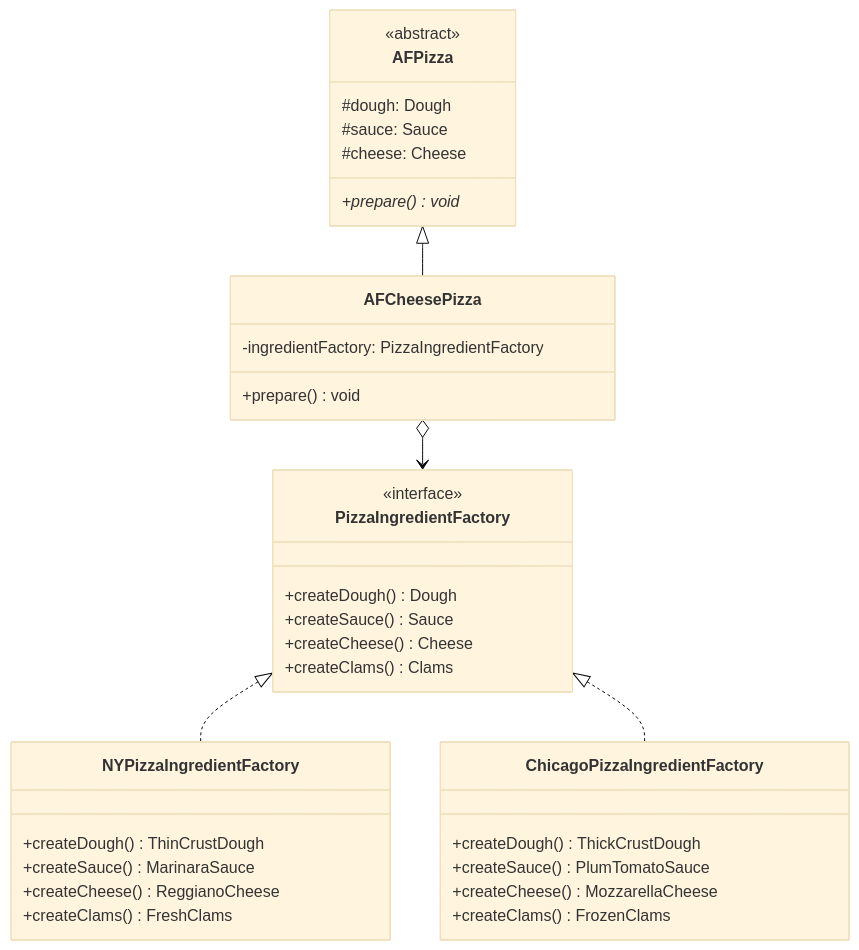
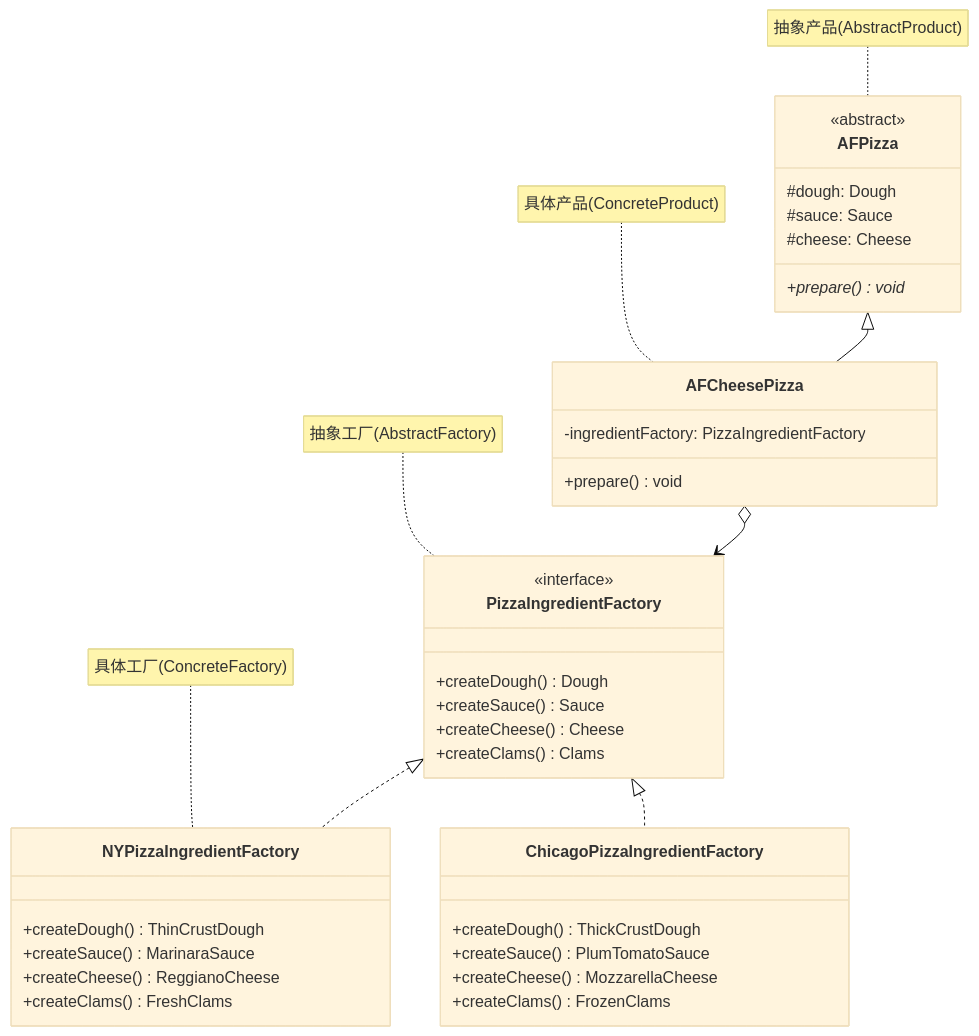
The diagram in docs/topic/design-patterns/creational-patterns/abstract-factory/index.md (luguosong/programming-notes), drawn with Mermaid (base theme) before and after one commit. The commit also changed 23 other files, not shown here.

First line of the commit message:
fix: 修正设计模式 UML 箭头类型并添加角色标注

````diff
--- a/docs/topic/design-patterns/creational-patterns/abstract-factory/index.md
+++ b/docs/topic/design-patterns/creational-patterns/abstract-factory/index.md
@@ -29,37 +29,41 @@
 ```mermaid
 classDiagram
     class PizzaIngredientFactory {
         <<interface>>
         +createDough() Dough
         +createSauce() Sauce
         +createCheese() Cheese
         +createClams() Clams
     }
     class NYPizzaIngredientFactory {
         +createDough() ThinCrustDough
         +createSauce() MarinaraSauce
         +createCheese() ReggianoCheese
         +createClams() FreshClams
     }
     class ChicagoPizzaIngredientFactory {
         +createDough() ThickCrustDough
         +createSauce() PlumTomatoSauce
         +createCheese() MozzarellaCheese
         +createClams() FrozenClams
     }
     class AFPizza {
         <<abstract>>
         #dough: Dough
         #sauce: Sauce
         #cheese: Cheese
         +prepare() void*
     }
     class AFCheesePizza {
         -ingredientFactory: PizzaIngredientFactory
         +prepare() void
     }
     PizzaIngredientFactory <|.. NYPizzaIngredientFactory
     PizzaIngredientFactory <|.. ChicagoPizzaIngredientFactory
     AFPizza <|-- AFCheesePizza
     AFCheesePizza o--> PizzaIngredientFactory
+    note for PizzaIngredientFactory "抽象工厂(AbstractFactory)"
+    note for NYPizzaIngredientFactory "具体工厂(ConcreteFactory)"
+    note for AFPizza "抽象产品(AbstractProduct)"
+    note for AFCheesePizza "具体产品(ConcreteProduct)"
 ```
````
